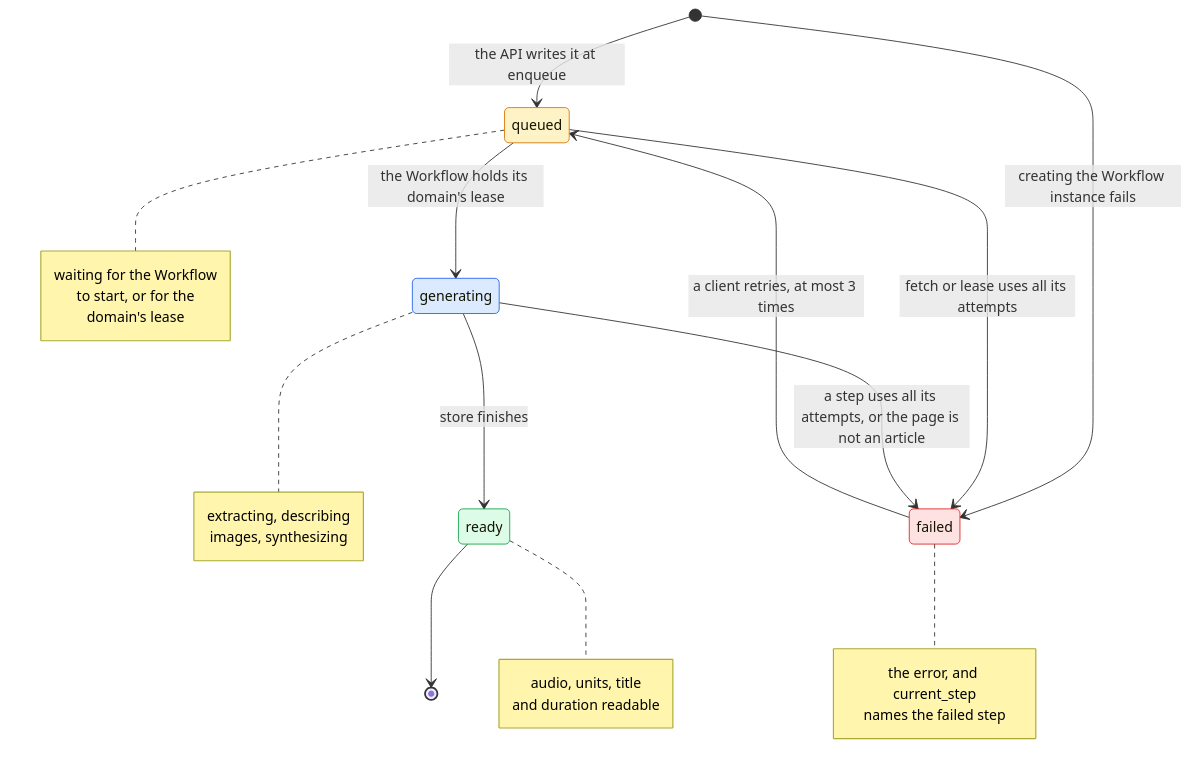
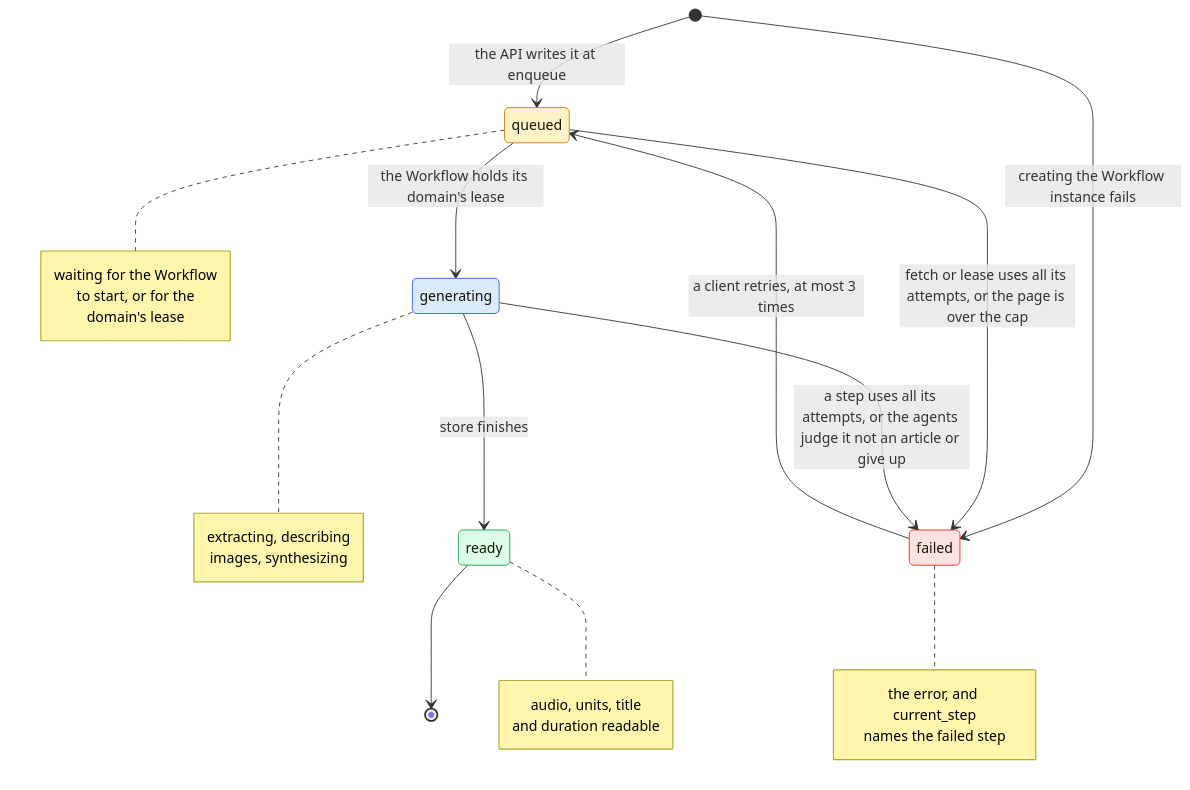
Before and after one commit to asermax/nagara: the second of 4 diagrams in docs/technical-design/item-lifecycle.md, drawn with Mermaid. The commit also changed other lines of this file and 8 other files, not shown here.

````diff
--- a/docs/technical-design/item-lifecycle.md
+++ b/docs/technical-design/item-lifecycle.md
@@ -125,23 +125,23 @@
 ```mermaid
 stateDiagram-v2
     [*] --> queued : the API writes it at enqueue
     [*] --> failed : creating the Workflow instance fails
     queued --> generating : the Workflow holds its domain's lease
     generating --> ready : store finishes
-    queued --> failed : fetch or lease uses all its attempts
-    generating --> failed : a step uses all its attempts, or the page is not an article
+    queued --> failed : fetch or lease uses all its attempts, or the page is over the cap
+    generating --> failed : a step uses all its attempts, or the agents judge it not an article or give up
     failed --> queued : a client retries, at most 3 times
     ready --> [*]
     note right of queued : waiting for the Workflow<br/>to start, or for the<br/>domain's lease
     note right of generating : extracting, describing<br/>images, synthesizing
     note right of ready : audio, units, title<br/>and duration readable
     note right of failed : the error, and current_step<br/>names the failed step
     classDef waiting fill:#fef3c7,stroke:#d97706
     classDef working fill:#dbeafe,stroke:#2563eb
     classDef done fill:#dcfce7,stroke:#16a34a
     classDef broken fill:#fee2e2,stroke:#dc2626
     class queued waiting
     class generating working
     class ready done
     class failed broken
 ```
````
